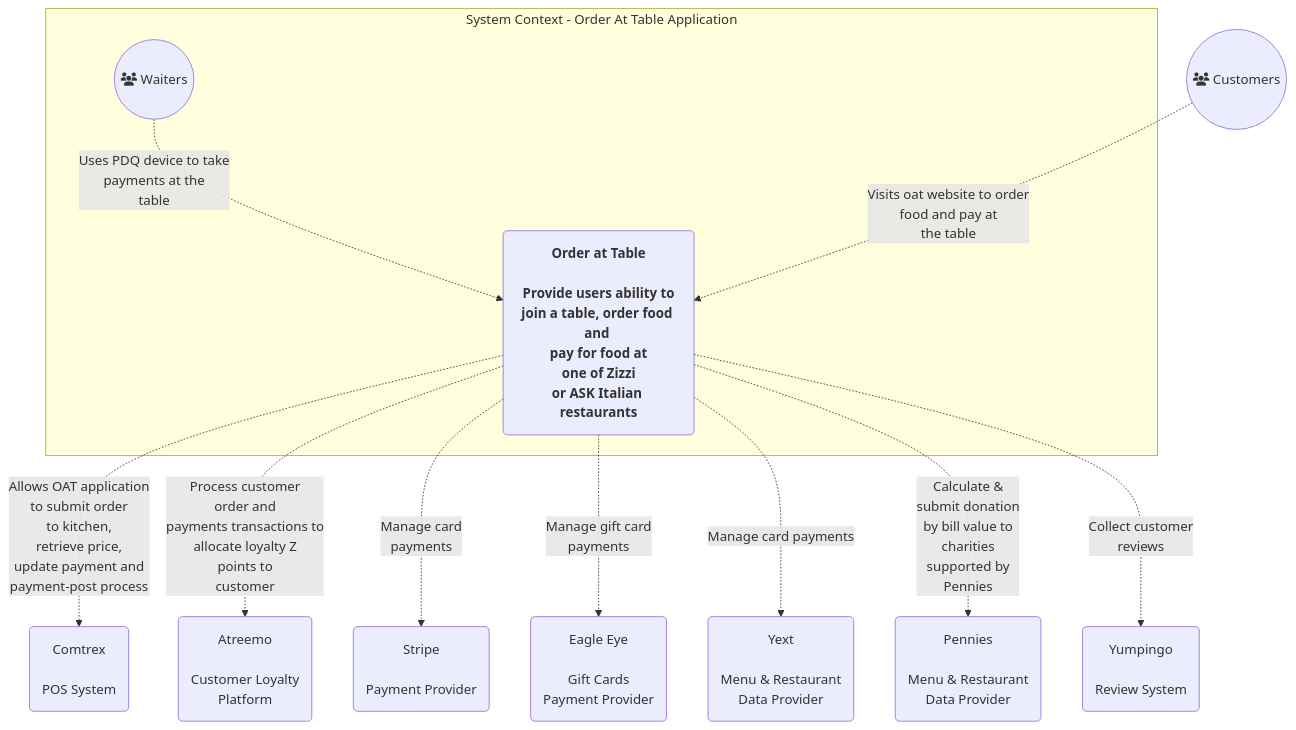
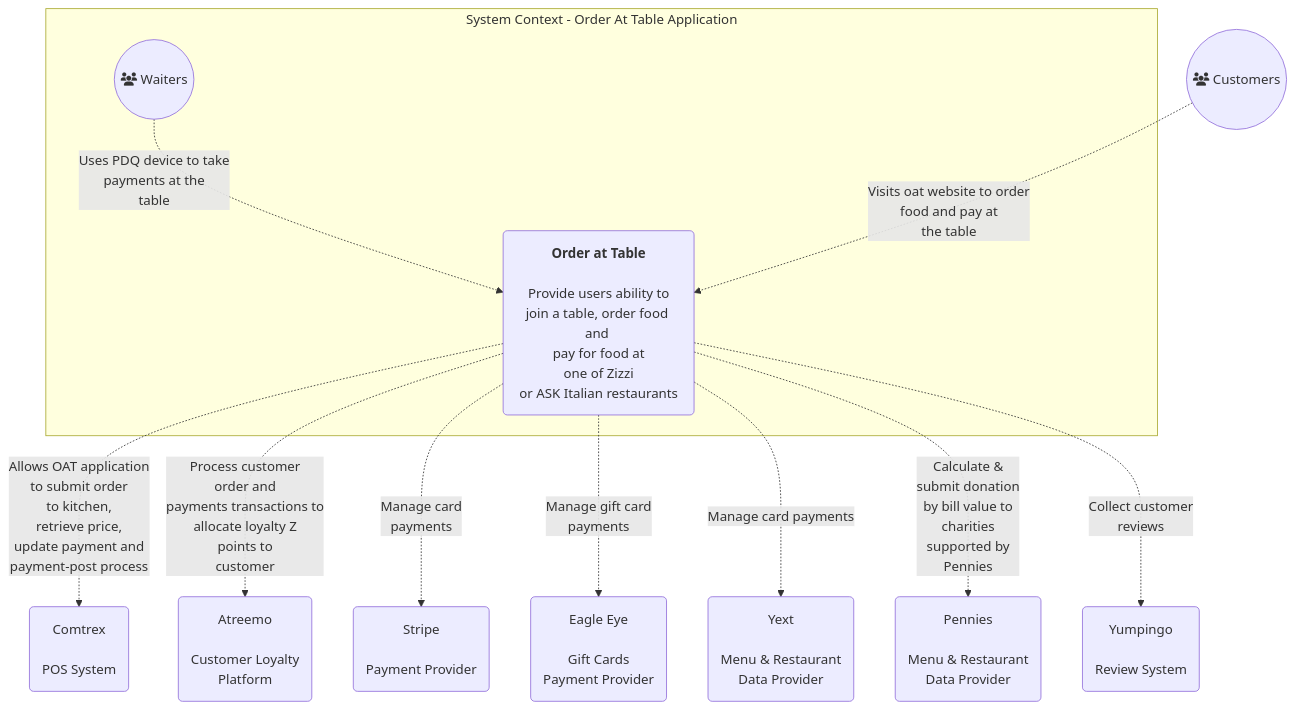
Before and after one commit to anandakumarpalanisamy/css-recipes: the first of 5 diagrams in README.md, drawn with Mermaid.

````diff
--- a/README.md
+++ b/README.md
@@ -3,16 +3,16 @@
 ```mermaid
 %%{init: {'theme':'base','themeVariables': { 'lineColor': '#ffffff', }}}%%
 graph TB
     subgraph SystemContext [System Context - Order At Table Application]
-    Waiter((fa:fa-users Waiters)) -. "Uses PDQ device to take<br/>payments at the<br/>table" .-> OAT(<strong>Order at Table<strong><br/><br/>Provide users ability to<br/>join a table, order food and <br/>pay for food at<br/>one of Zizzi<br/>or ASK Italian restaurants )
+    Waiter((fa:fa-users Waiters)) -. "Uses PDQ device to take<br/>payments at the<br/>table" .-> OAT(<strong>Order at Table</strong><br/><br/>Provide users ability to<br/>join a table, order food and <br/>pay for food at<br/>one of Zizzi<br/>or ASK Italian restaurants )
     end
 
     Customer((fa:fa-users Customers)) -. "Visits oat website to order<br/>food and pay at<br/> the table" .-> OAT
     OAT -. "Allows OAT application<br/> to submit order<br/> to kitchen,<br/> retrieve price,<br/> update payment and<br/> payment-post process" .-> Comtrex(Comtrex<br/></br/>POS System)
     OAT-. "Process customer<br/> order and<br/> payments transactions to<br/> allocate loyalty Z<br/> points to<br/> customer" .-> Atreemo(Atreemo <br/><br/> Customer Loyalty <br/> Platform)
     OAT -. "Manage card<br/> payments" .-> Stripe(Stripe <br/><br/> Payment Provider)
     OAT -. "Manage gift card<br/> payments" .-> EagleEye(Eagle Eye <br/><br/> Gift Cards<br/> Payment Provider)
     OAT -. "Manage card payments" .-> Yext(Yext <br/><br/> Menu & Restaurant<br> Data Provider)
     OAT -. "Calculate &<br/> submit donation<br/> by bill value to<br/> charities<br/> supported by<br/> Pennies" .-> Pennies(Pennies <br/><br/> Menu & Restaurant<br> Data Provider)
     OAT -. "Collect customer<br/> reviews" .-> Yumpingo(Yumpingo <br/><br/> Review System)
 ```
````
